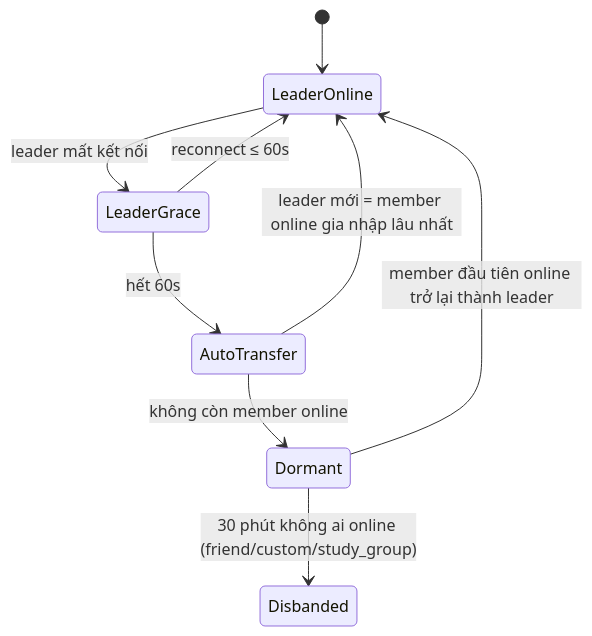
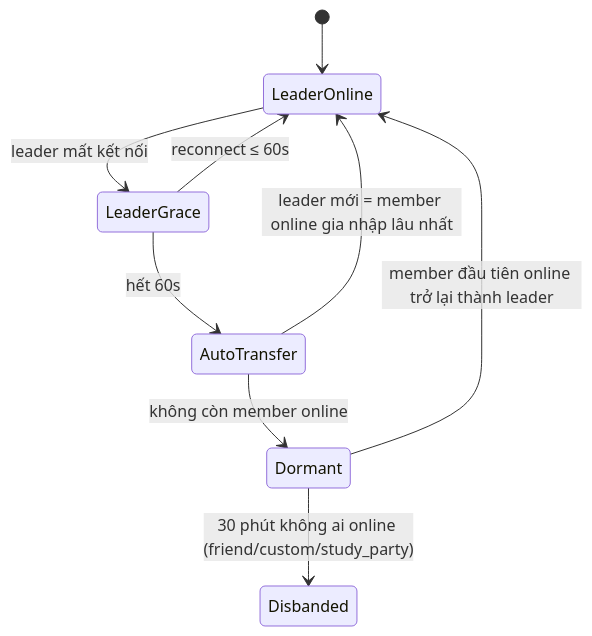
The second of 4 diagrams in docs/03-social-multiplayer/PARTY_SYSTEM.md (tanguyen2020/eduworld-platform), drawn with Mermaid before and after one commit. The commit also changed other lines of this file and 46 other files, not shown here.

````diff
--- a/docs/03-social-multiplayer/PARTY_SYSTEM.md
+++ b/docs/03-social-multiplayer/PARTY_SYSTEM.md
@@ -204,11 +207,11 @@
 ```mermaid
 stateDiagram-v2
   [*] --> LeaderOnline
   LeaderOnline --> LeaderGrace: leader mất kết nối
   LeaderGrace --> LeaderOnline: reconnect ≤ 60s
   LeaderGrace --> AutoTransfer: hết 60s
   AutoTransfer --> LeaderOnline: leader mới = member online gia nhập lâu nhất
   AutoTransfer --> Dormant: không còn member online
   Dormant --> LeaderOnline: member đầu tiên online trở lại thành leader
-  Dormant --> Disbanded: 30 phút không ai online (friend/custom/study_group)
+  Dormant --> Disbanded: 30 phút không ai online (friend/custom/study_party)
 ```
````
